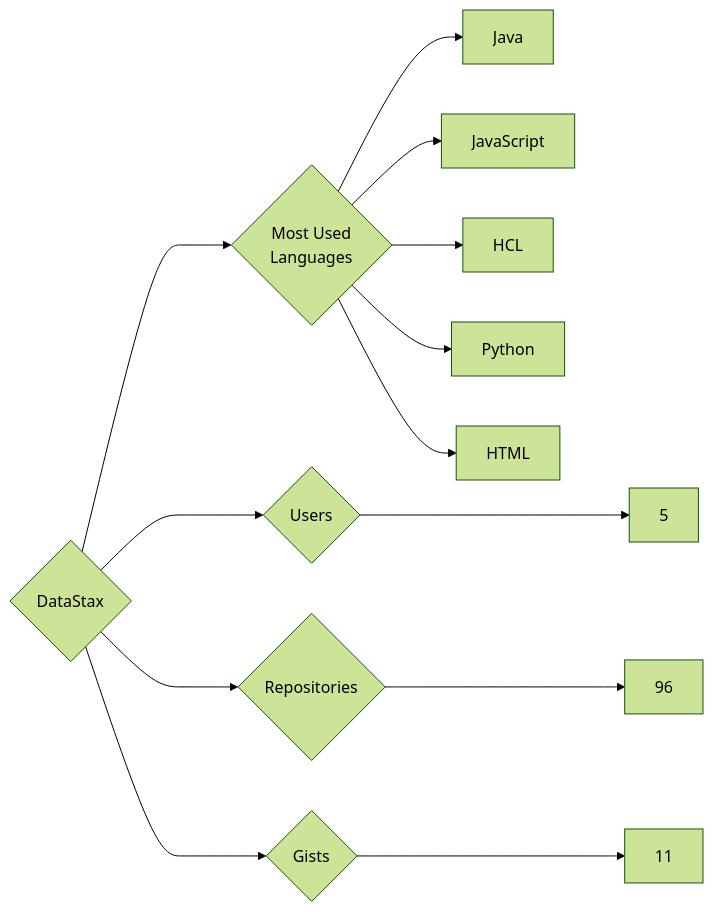
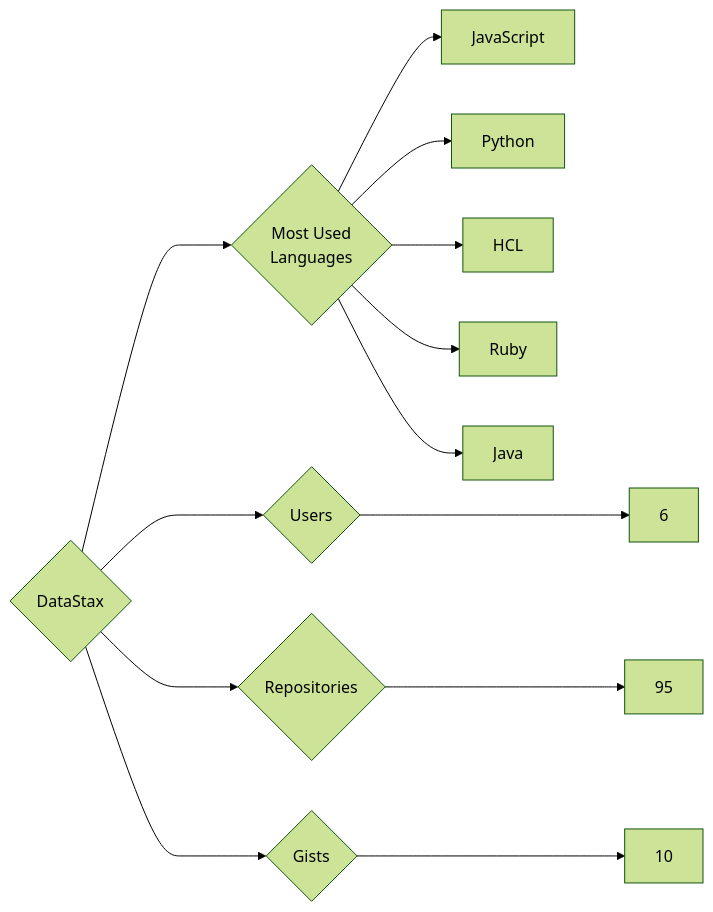
The diagram in targets/DataStax/README.md (trickest/insiders), drawn with Mermaid (forest theme) before and after one commit. The commit also changed 1123 other files, not shown here.

````diff
--- a/targets/DataStax/README.md
+++ b/targets/DataStax/README.md
@@ -3,13 +3,13 @@
 ```mermaid
 graph LR
 COMPANY_NAME{DataStax}
-COMPANY_NAME ---> U{Users} ---> UN[5]
-COMPANY_NAME ---> R{Repositories} ---> RN[96]
-COMPANY_NAME ---> G{Gists} ---> GN[11]
+COMPANY_NAME ---> U{Users} ---> UN[6]
+COMPANY_NAME ---> R{Repositories} ---> RN[95]
+COMPANY_NAME ---> G{Gists} ---> GN[10]
 COMPANY_NAME ---> ML{Most Used<br>Languages}
+ML --> JavaScript[JavaScript]
+ML --> Python[Python]
+ML --> HCL[HCL]
+ML --> Ruby[Ruby]
 ML --> Java[Java]
-ML --> JavaScript[JavaScript]
-ML --> HCL[HCL]
-ML --> Python[Python]
-ML --> HTML[HTML]
 ```
````
